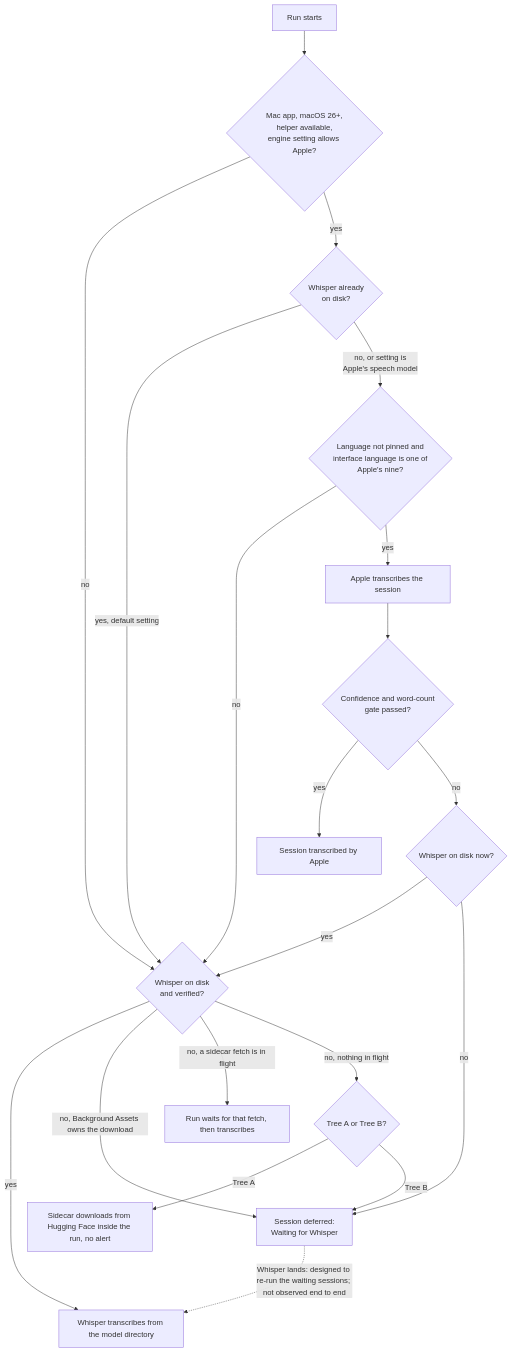
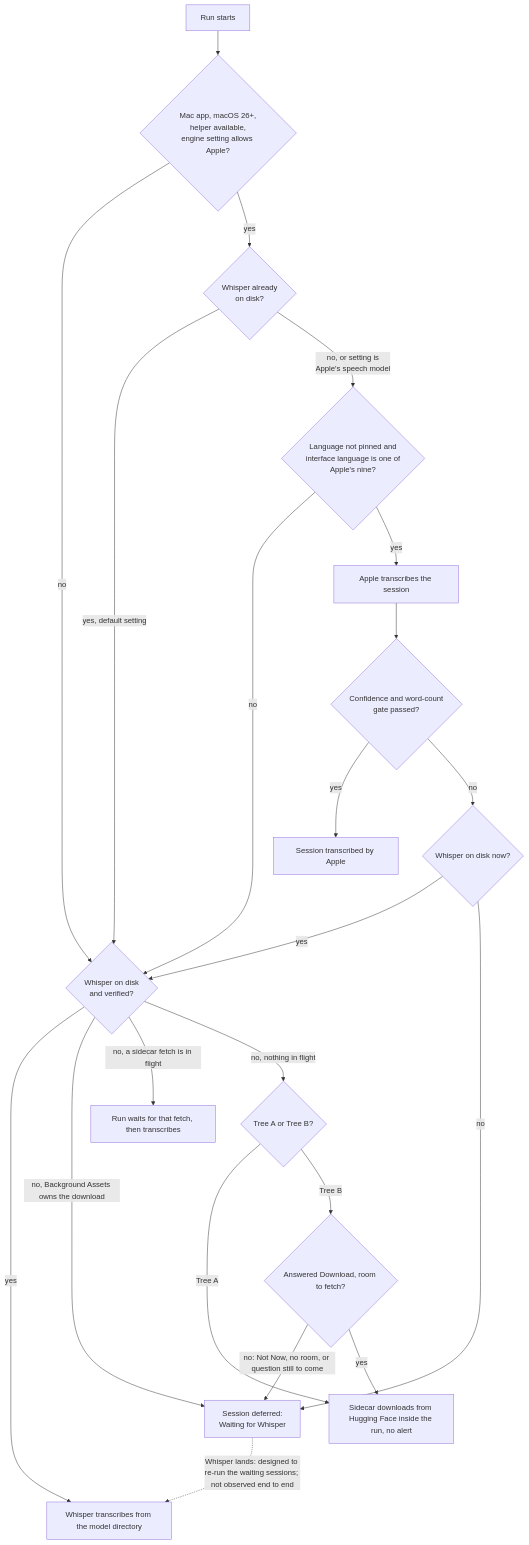
Before and after one commit to cassiocassio/bristlenose: the first of 2 diagrams in docs/design-whisper-delivery.md, drawn with Mermaid. The commit also changed other lines of this file and 28 other files, not shown here.

First line of the commit message:
whisper download: warning pill when only the free-space floor stops it, per-cause failure titles, runs never fetch into a full disk

````diff
--- a/docs/design-whisper-delivery.md
+++ b/docs/design-whisper-delivery.md
@@ -67,23 +70,25 @@
 ```mermaid
 flowchart TD
     A[Run starts] --> B{Mac app, macOS 26+,<br/>helper available,<br/>engine setting allows Apple?}
     B -- no --> W
     B -- yes --> C{Whisper already<br/>on disk?}
     C -- yes, default setting --> W
     C -- no, or setting is<br/>Apple's speech model --> D{Language not pinned and<br/>interface language is one of<br/>Apple's nine?}
     D -- no --> W
     D -- yes --> E[Apple transcribes the session]
     E --> F{Confidence and word-count<br/>gate passed?}
     F -- yes --> K[Session transcribed by Apple]
     F -- no --> G{Whisper on disk now?}
     G -- yes --> W
     G -- no --> H[Session deferred:<br/>Waiting for Whisper]
     W{Whisper on disk<br/>and verified?}
     W -- yes --> X[Whisper transcribes from the model directory]
     W -- no, Background Assets owns the download --> H
     W -- no, a sidecar fetch is in flight --> Z[Run waits for that fetch, then transcribes]
     W -- no, nothing in flight --> N{Tree A or Tree B?}
     N -- Tree A --> Y[Sidecar downloads from Hugging Face inside the run, no alert]
-    N -- Tree B --> H
+    N -- Tree B --> H2{Answered Download, room to fetch?}
+    H2 -- no: Not Now, no room, or question still to come --> H
+    H2 -- yes --> Y
     H -. Whisper lands: designed to re-run the waiting sessions; not observed end to end .-> X
 ```
````
